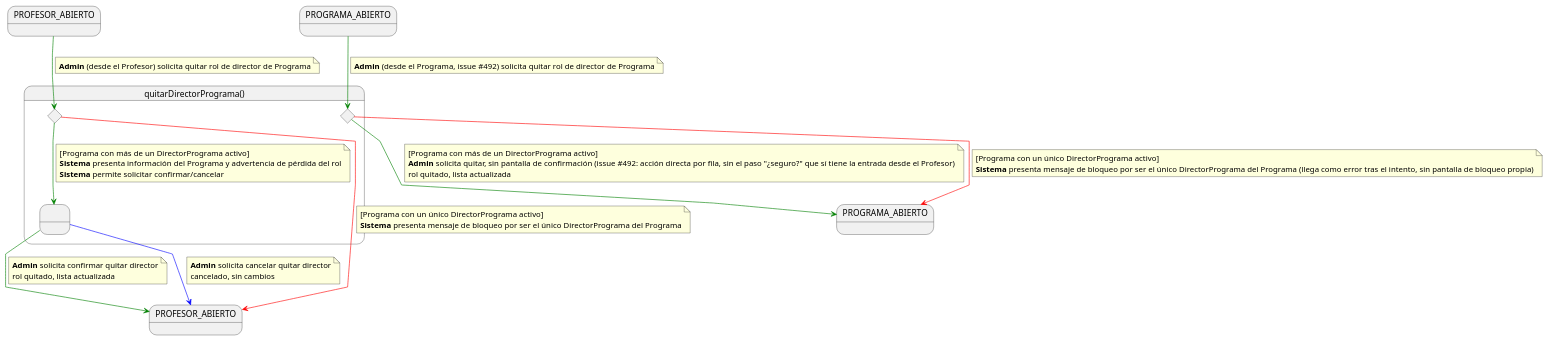
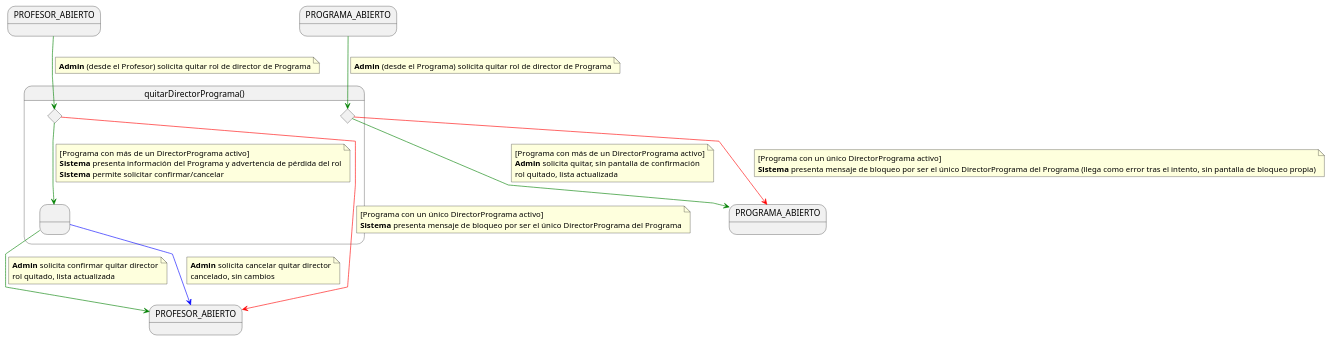
Before and after one commit to mmasias/pyCeldaPublico: the diagram in RUP/01-requisitos/03-detalle-casos-uso/quitarDirectorPrograma/especificacion.puml, drawn with PlantUML. The commit also changed 58 other files, not shown here.

First line of the commit message:
docs: diagramas de requisitos sin notas internas y manual de Cursos académicos y Auditoría (pyCelda 5dcbdc66)

```diff
--- a/RUP/01-requisitos/03-detalle-casos-uso/quitarDirectorPrograma/especificacion.puml
+++ b/RUP/01-requisitos/03-detalle-casos-uso/quitarDirectorPrograma/especificacion.puml
@@ -1,65 +1,65 @@
 @startuml quitarDirectorPrograma
 
 skinparam linetype polyline
 
 state PROFESOR_ABIERTO
 state PROGRAMA_ABIERTO
 state PROFESOR_ABIERTO_SALIDA as "PROFESOR_ABIERTO"
 state PROGRAMA_ABIERTO_SALIDA as "PROGRAMA_ABIERTO"
 
 state quitarDirectorPrograma as "quitarDirectorPrograma()" {
 
     state " " as ConfirmandoQuitarRolDesdeProfesor
     state cProfesor <<choice>>
     state cPrograma <<choice>>
 }
 
 PROFESOR_ABIERTO -[#green]-> cProfesor
 note on link
 <b>Admin</b> (desde el Profesor) solicita quitar rol de director de Programa
 end note
 
 PROGRAMA_ABIERTO -[#green]-> cPrograma
 note on link
-<b>Admin</b> (desde el Programa, issue #492) solicita quitar rol de director de Programa
+<b>Admin</b> (desde el Programa) solicita quitar rol de director de Programa
 end note
 
 cProfesor -[#green]-> ConfirmandoQuitarRolDesdeProfesor
 note on link
 [Programa con más de un DirectorPrograma activo]
 <b>Sistema</b> presenta información del Programa y advertencia de pérdida del rol
 <b>Sistema</b> permite solicitar confirmar/cancelar
 end note
 
 cProfesor -[#red]-> PROFESOR_ABIERTO_SALIDA
 note on link
 [Programa con un único DirectorPrograma activo]
 <b>Sistema</b> presenta mensaje de bloqueo por ser el único DirectorPrograma del Programa
 end note
 
 cPrograma -[#green]-> PROGRAMA_ABIERTO_SALIDA
 note on link
 [Programa con más de un DirectorPrograma activo]
-<b>Admin</b> solicita quitar, sin pantalla de confirmación (issue #492: acción directa por fila, sin el paso "¿seguro?" que sí tiene la entrada desde el Profesor)
+<b>Admin</b> solicita quitar, sin pantalla de confirmación
 rol quitado, lista actualizada
 end note
 
 cPrograma -[#red]-> PROGRAMA_ABIERTO_SALIDA
 note on link
 [Programa con un único DirectorPrograma activo]
 <b>Sistema</b> presenta mensaje de bloqueo por ser el único DirectorPrograma del Programa (llega como error tras el intento, sin pantalla de bloqueo propia)
 end note
 
 ConfirmandoQuitarRolDesdeProfesor -[#green]-> PROFESOR_ABIERTO_SALIDA
 note on link
 <b>Admin</b> solicita confirmar quitar director
 rol quitado, lista actualizada
 end note
 
 ConfirmandoQuitarRolDesdeProfesor -[#blue]-> PROFESOR_ABIERTO_SALIDA
 note on link
 <b>Admin</b> solicita cancelar quitar director
 cancelado, sin cambios
 end note
 
 @enduml
```
